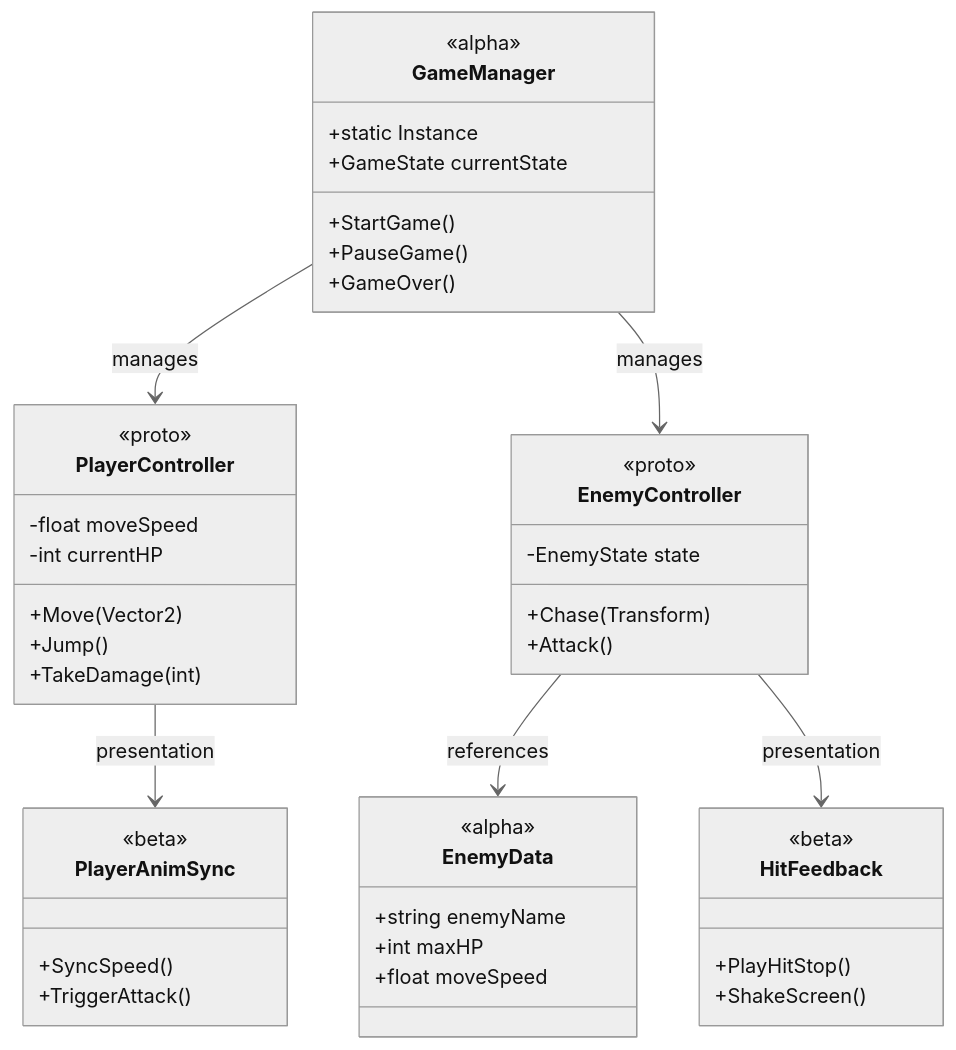
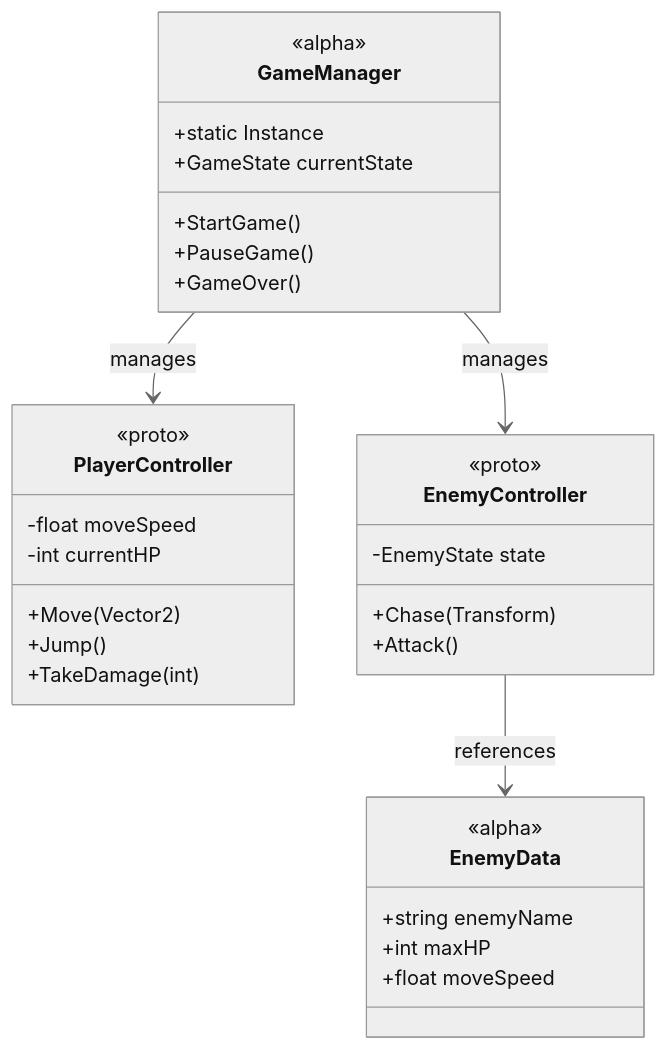
Before and after one commit to kuroyasouiti/Unity-AI-Forge: the fifth of 7 diagrams in Assets/UnityAIForge/MCPServer/src/prompts/templates/workflow/design.md, drawn with Mermaid (neutral theme). The commit also changed other lines of this file and 99 other files, not shown here.

````diff
--- a/Assets/UnityAIForge/MCPServer/src/prompts/templates/workflow/design.md
+++ b/Assets/UnityAIForge/MCPServer/src/prompts/templates/workflow/design.md
@@ -293,48 +293,36 @@
 ```mermaid
 classDiagram
     class GameManager {
         <<alpha>>
         +static Instance
         +GameState currentState
         +StartGame()
         +PauseGame()
         +GameOver()
     }
     class PlayerController {
         <<proto>>
         -float moveSpeed
         -int currentHP
         +Move(Vector2)
         +Jump()
         +TakeDamage(int)
     }
     class EnemyController {
         <<proto>>
         -EnemyState state
         +Chase(Transform)
         +Attack()
     }
     class EnemyData {
         <<alpha>>
         <<ScriptableObject>>
         +string enemyName
         +int maxHP
         +float moveSpeed
     }
-    class PlayerAnimSync {
-        <<beta>>
-        +SyncSpeed()
-        +TriggerAttack()
-    }
-    class HitFeedback {
-        <<beta>>
-        +PlayHitStop()
-        +ShakeScreen()
-    }
 
     GameManager --> PlayerController : manages
     GameManager --> EnemyController : manages
     EnemyController --> EnemyData : references
-    PlayerController --> PlayerAnimSync : presentation
-    EnemyController --> HitFeedback : presentation
 ```
````
